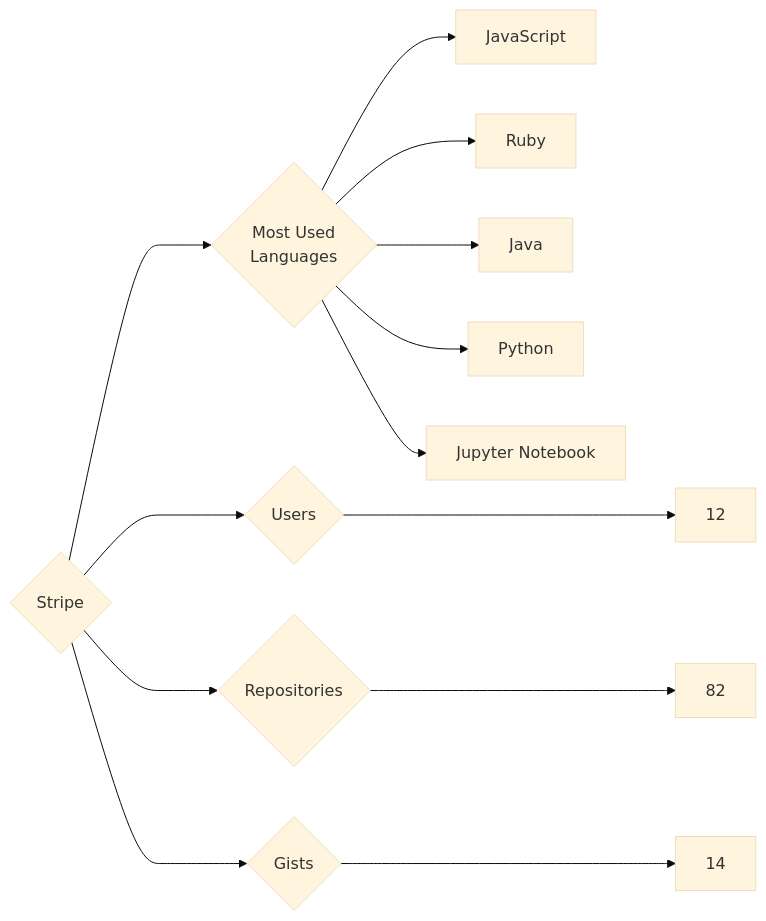
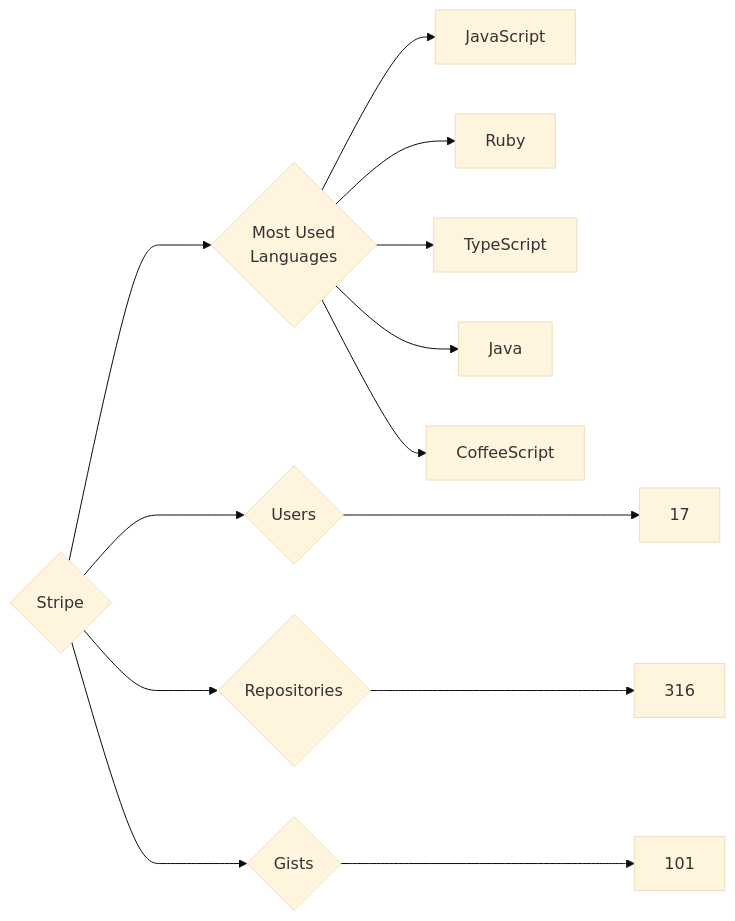
Before and after one commit to trickest/insiders: the diagram in targets/Stripe/README.md, drawn with Mermaid (base theme). The commit also changed 965 other files, not shown here.

````diff
--- a/targets/Stripe/README.md
+++ b/targets/Stripe/README.md
@@ -3,13 +3,13 @@
 ```mermaid
 graph LR
 COMPANY_NAME{Stripe}
-COMPANY_NAME ---> U{Users} ---> UN[12]
-COMPANY_NAME ---> R{Repositories} ---> RN[82]
-COMPANY_NAME ---> G{Gists} ---> GN[14]
+COMPANY_NAME ---> U{Users} ---> UN[17]
+COMPANY_NAME ---> R{Repositories} ---> RN[316]
+COMPANY_NAME ---> G{Gists} ---> GN[101]
 COMPANY_NAME ---> ML{Most Used<br>Languages}
 ML --> JavaScript[JavaScript]
 ML --> Ruby[Ruby]
+ML --> TypeScript[TypeScript]
 ML --> Java[Java]
-ML --> Python[Python]
-ML --> Jupyter_Notebook[Jupyter Notebook]
+ML --> CoffeeScript[CoffeeScript]
 ```
````
